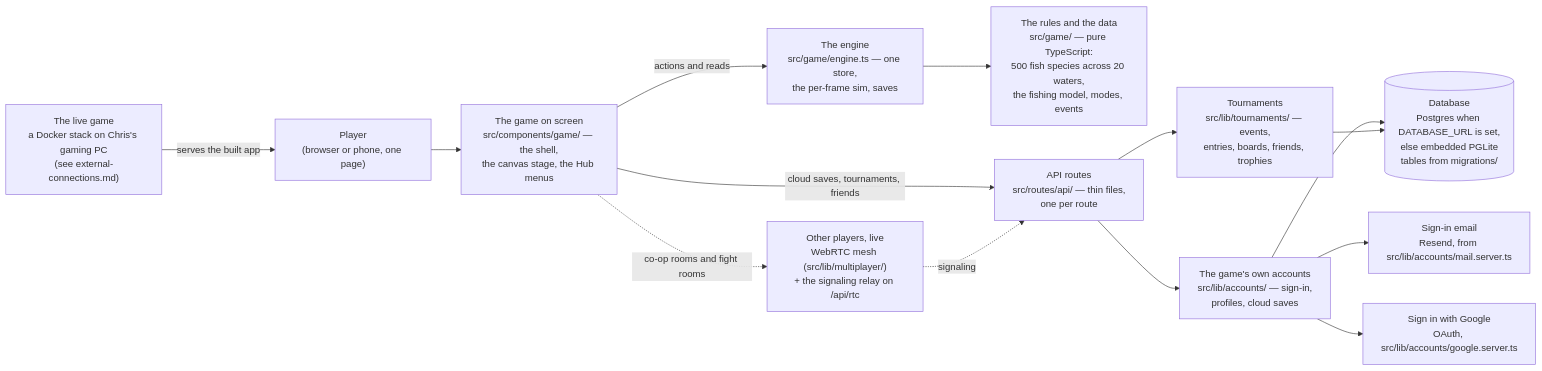
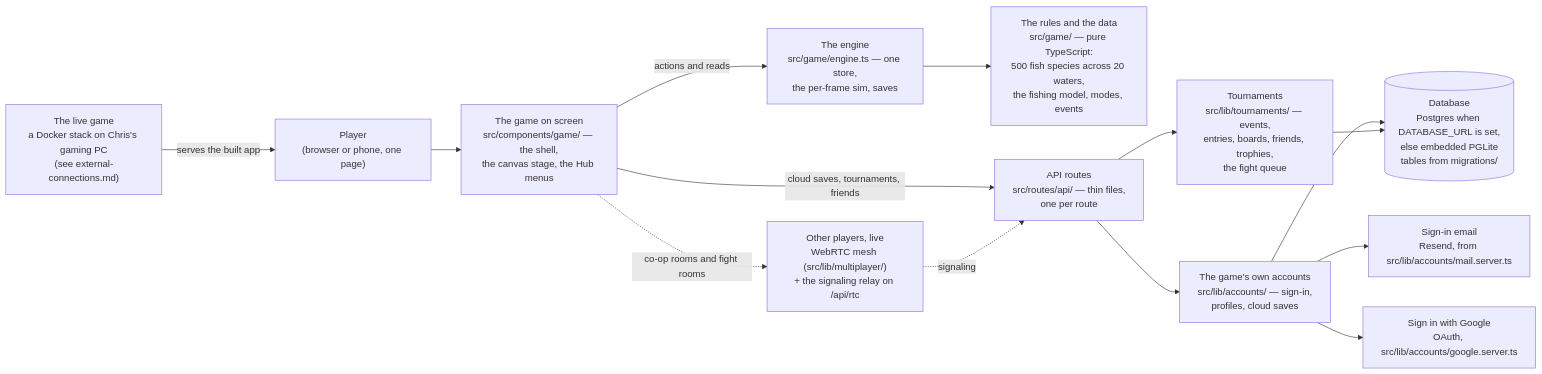
The diagram in docs/relational-map/README.md (robinsoncaleb2013-afk/fac-ultra), drawn with Mermaid before and after one commit. The commit also changed other lines of this file and 8 other files, not shown here.

````diff
--- a/docs/relational-map/README.md
+++ b/docs/relational-map/README.md
@@ -24,27 +24,27 @@
 ```mermaid
 flowchart LR
   Player["Player<br/>(browser or phone, one page)"]
   Shell["The game on screen<br/>src/components/game/ — the shell,<br/>the canvas stage, the Hub menus"]
   Engine["The engine<br/>src/game/engine.ts — one store,<br/>the per-frame sim, saves"]
   Rules["The rules and the data<br/>src/game/ — pure TypeScript:<br/>500 fish species across 20 waters,<br/>the fishing model, modes, events"]
   API["API routes<br/>src/routes/api/ — thin files,<br/>one per route"]
   Accounts["The game's own accounts<br/>src/lib/accounts/ — sign-in,<br/>profiles, cloud saves"]
-  Tourney["Tournaments<br/>src/lib/tournaments/ — events,<br/>entries, boards, friends, trophies"]
+  Tourney["Tournaments<br/>src/lib/tournaments/ — events,<br/>entries, boards, friends, trophies,<br/>the fight queue"]
   DB[("Database<br/>Postgres when DATABASE_URL is set,<br/>else embedded PGLite<br/>tables from migrations/")]
   Mesh["Other players, live<br/>WebRTC mesh (src/lib/multiplayer/)<br/>+ the signaling relay on /api/rtc"]
   Mail["Sign-in email<br/>Resend, from src/lib/accounts/mail.server.ts"]
   Google["Sign in with Google<br/>OAuth, src/lib/accounts/google.server.ts"]
   Hub["The live game<br/>a Docker stack on Chris's gaming PC<br/>(see external-connections.md)"]
 
   Player --> Shell
   Shell -->|"actions and reads"| Engine
   Engine --> Rules
   Shell -->|"cloud saves, tournaments, friends"| API
   API --> Accounts & Tourney
   Accounts --> DB
   Tourney --> DB
   Accounts --> Mail & Google
   Shell -.->|"co-op rooms and fight rooms"| Mesh
   Mesh -.->|"signaling"| API
   Hub -->|"serves the built app"| Player
 ```
````
